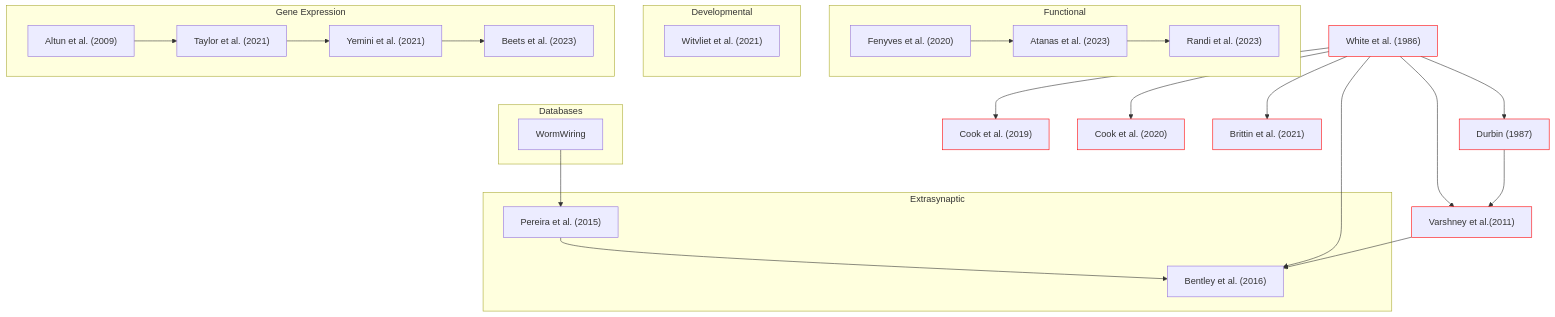
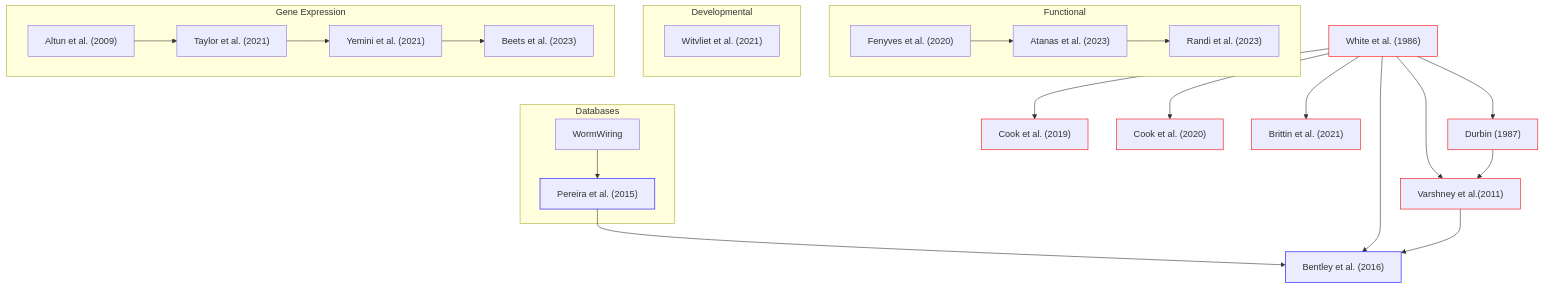
One commit to yasinthanvickneswaran/mermaidtest changed the diagram in README.md. Above: the diagram before and after it, drawn with Mermaid.

````diff
--- a/README.md
+++ b/README.md
@@ -1,34 +1,32 @@
 ```mermaid
 flowchart TD
     classDef anat stroke:#f00
     classDef gene stroke:#0f0
     classDef es stroke:#00f
 
     subgraph Functional
     H["Fenyves et al. (2020)"] --> O["Atanas et al. (2023)"]
     O --> P["Randi et al. (2023)"]
     end
     subgraph Developmental
     K["Witvliet et al. (2021)"]
     end
-    subgraph Extrasynaptic
-    E["Pereira et al. (2015)"] --> F["Bentley et al. (2016)"]
-    end
+    E["Pereira et al. (2015)"]:::es --> F["Bentley et al. (2016)"]:::es
     subgraph Gene Expression
     C["Altun et al. (2009)"] --> L["Taylor et al. (2021)"]
     L --> M["Yemini et al. (2021)"]
     M --> N["Beets et al. (2023)"]
     end
     A["White et al. (1986)"]:::anat --> B["Durbin (1987)"]:::anat
     classDef anatomical fill:#f93
     A --> D["Varshney et al.(2011)"]:::anat
     B --> D
     A --> G["Cook et al. (2019)"]:::anat
     A --> I["Cook et al. (2020)"]:::anat
     A --> J["Brittin et al. (2021)"]:::anat
     A --> F
     D --> F
     subgraph Databases
     DB1["WormWiring"] --> E
     end
 ```
````
